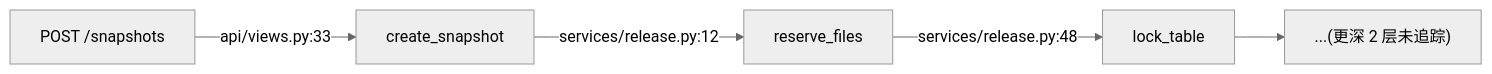
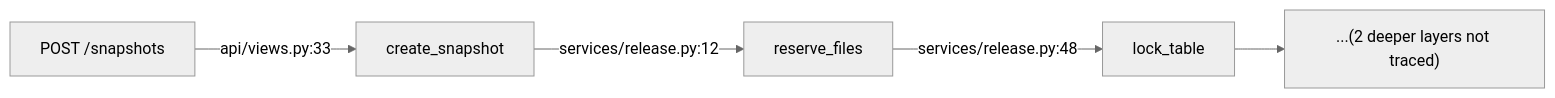
Before and after one commit to aiden0z/skills: the second of 4 diagrams in skills/repo-bug-audit/references/call-graph-conventions.md, drawn with Mermaid (neutral theme). The commit also changed other lines of this file and 27 other files, not shown here.

````diff
--- a/skills/repo-bug-audit/references/call-graph-conventions.md
+++ b/skills/repo-bug-audit/references/call-graph-conventions.md
@@ -46,7 +57,7 @@
 ```mermaid
 flowchart LR
     A[POST /snapshots] -->|api/views.py:33| B[create_snapshot]
     B -->|services/release.py:12| C[reserve_files]
     C -->|services/release.py:48| D[lock_table]
-    D --> E["...(更深 2 层未追踪)"]
+    D --> E["...(2 deeper layers not traced)"]
 ```
````
